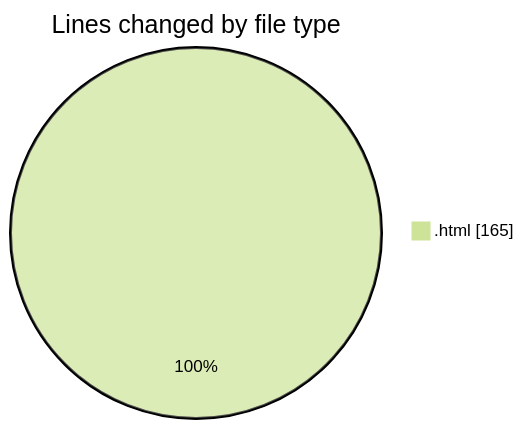
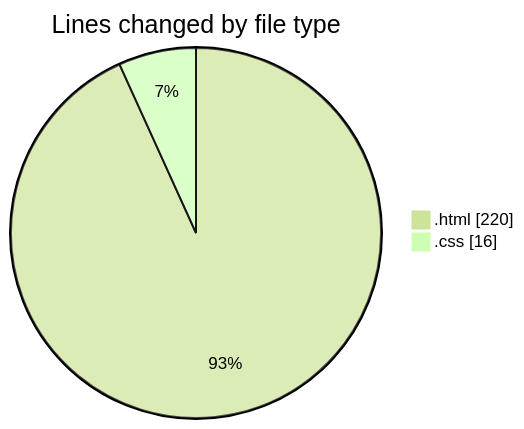
The first of 2 diagrams in 2026-08-27/web_tec_2026/README.md (Unknowalive/code-tracking), drawn with Mermaid (forest theme) before and after one commit. The commit also changed other lines of this file and 1 other file, not shown here.

````diff
--- a/2026-08-27/web_tec_2026/README.md
+++ b/2026-08-27/web_tec_2026/README.md
@@ -23,5 +26,6 @@
 ```mermaid
 pie showData
 title Lines changed by file type
-".html" : 165
+".html" : 220
+".css" : 16
 ```
````
